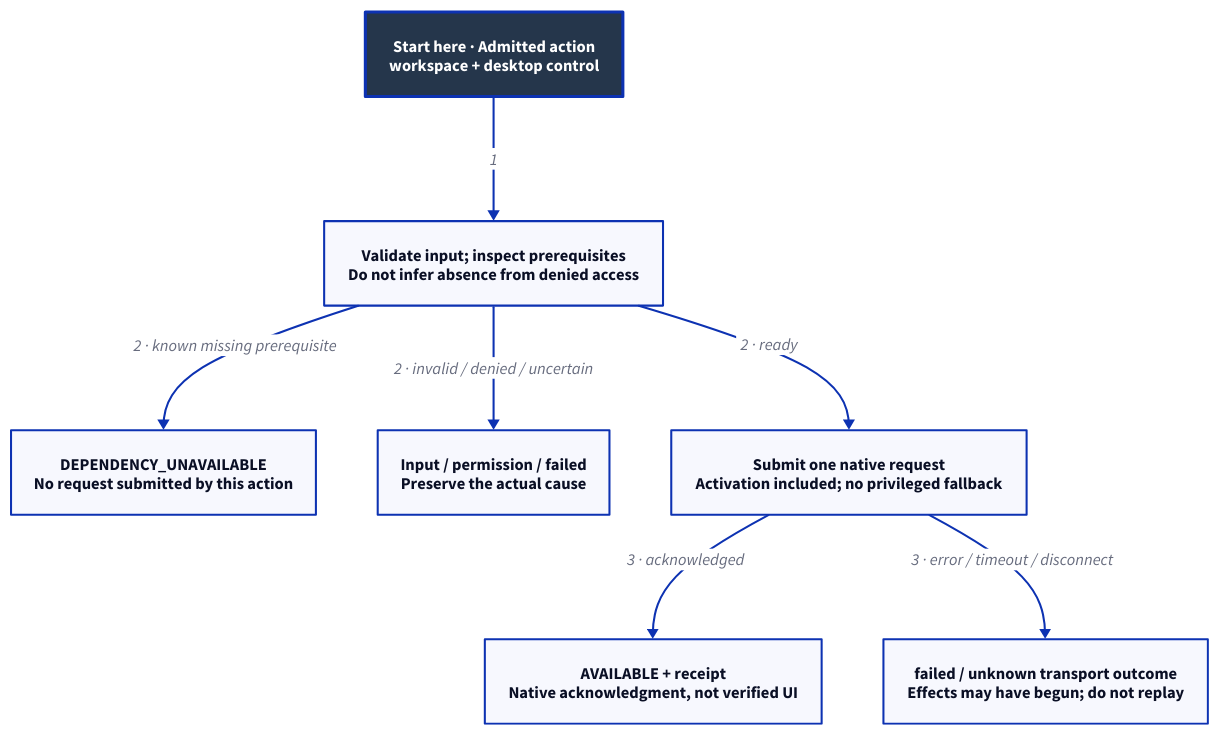
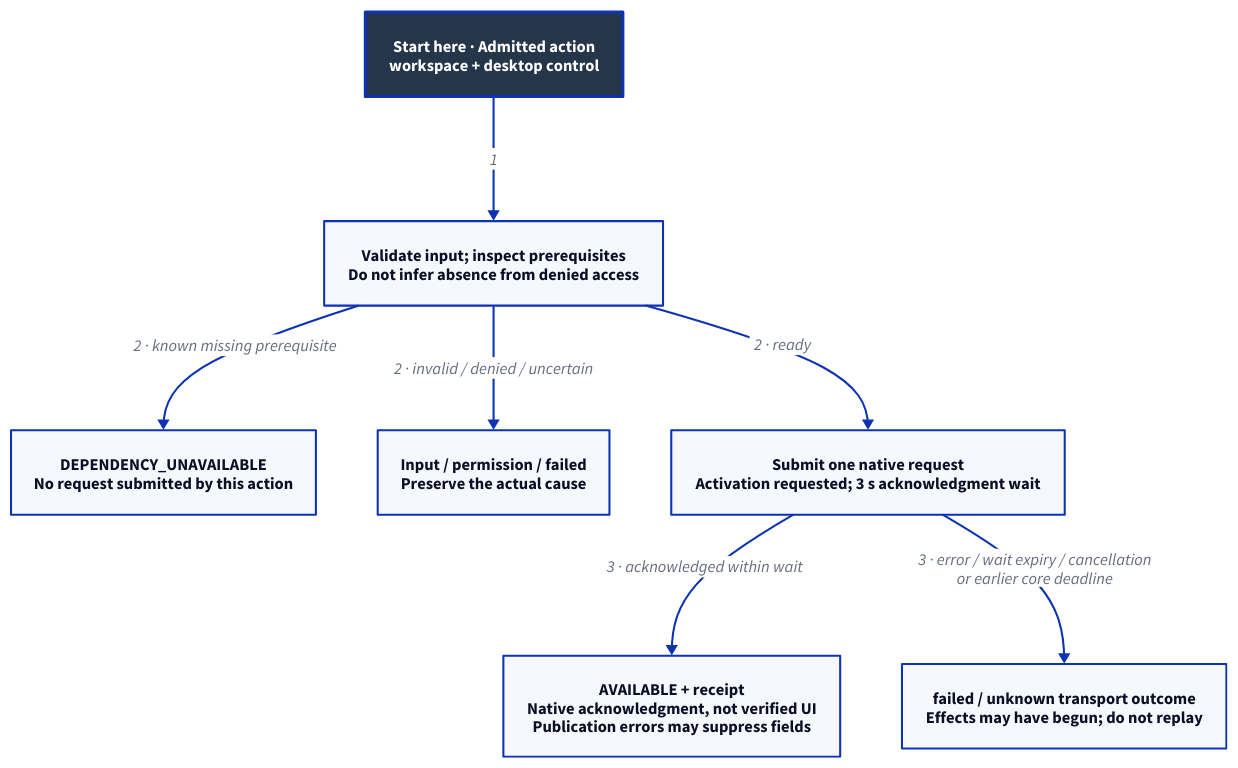
The diagram in docs/design/architecture/workspace-outcomes.d2 (Linkuistics/Koine), drawn with D2 before and after one commit. The commit also changed 16 other files, not shown here.

```diff
--- a/docs/design/architecture/workspace-outcomes.d2
+++ b/docs/design/architecture/workspace-outcomes.d2
@@ -1,18 +1,18 @@
 # Control flow, not a state machine or model-checking result.
 direction: down
 classes: {
   start: {style: {fill: "#25364B"; font-color: "#FFFFFF"; bold: true; stroke-width: 3}}
 }
 Admit: "Start here · Admitted action\nworkspace + desktop control" {class: start}
 Inspect: "Validate input; inspect prerequisites\nDo not infer absence from denied access"
 Missing: "DEPENDENCY_UNAVAILABLE\nNo request submitted by this action"
 Refuse: "Input / permission / failed\nPreserve the actual cause"
-Submit: "Submit one native request\nActivation included; no privileged fallback"
-Accepted: "AVAILABLE + receipt\nNative acknowledgment, not verified UI"
+Submit: "Submit one native request\nActivation requested; 3 s acknowledgment wait"
+Accepted: "AVAILABLE + receipt\nNative acknowledgment, not verified UI\nPublication errors may suppress fields"
 Failed: "failed / unknown transport outcome\nEffects may have begun; do not replay"
 Admit -> Inspect: "1"
 Inspect -> Missing: "2 · known missing prerequisite"
 Inspect -> Refuse: "2 · invalid / denied / uncertain"
 Inspect -> Submit: "2 · ready"
-Submit -> Accepted: "3 · acknowledged"
-Submit -> Failed: "3 · error / timeout / disconnect"
+Submit -> Accepted: "3 · acknowledged within wait"
+Submit -> Failed: "3 · error / wait expiry / cancellation\nor earlier core deadline"
```
